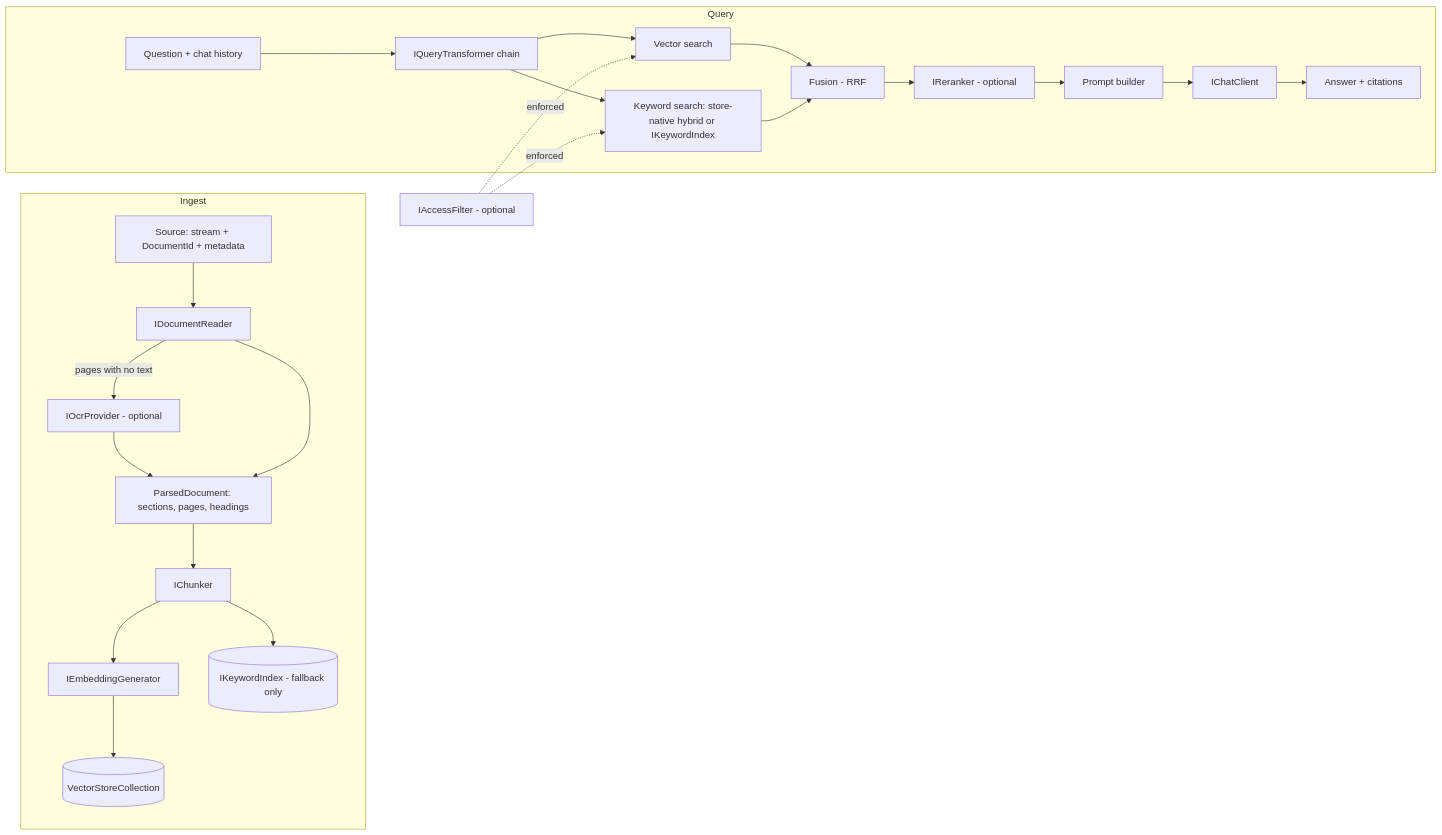
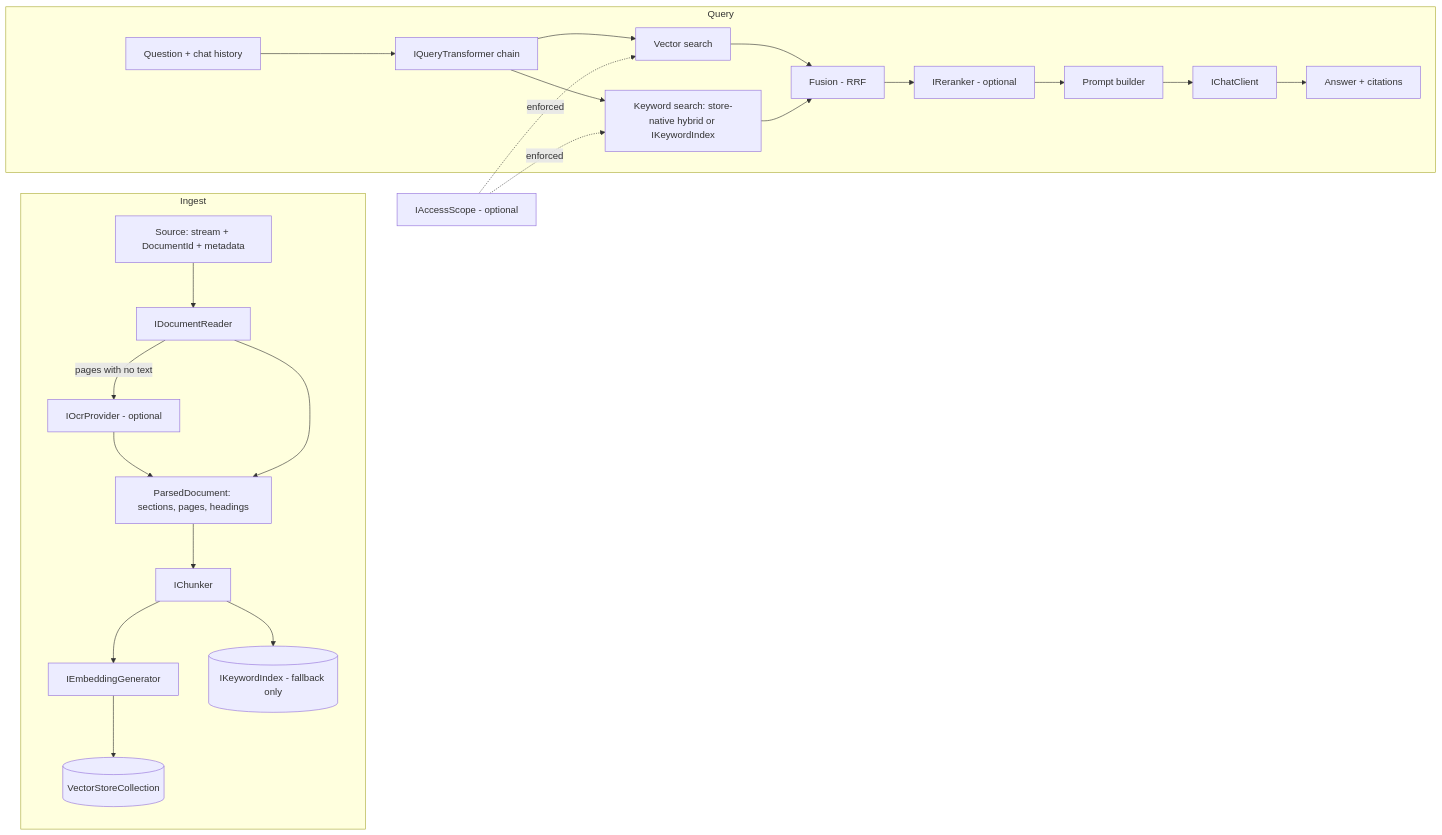
The diagram in docs/superpowers/specs/2026-10-18-ragdotnet-design.md (hurshah7862/RagDotNet), drawn with Mermaid before and after one commit. The commit also changed other lines of this file, not shown here.

````diff
--- a/docs/superpowers/specs/2026-10-18-ragdotnet-design.md
+++ b/docs/superpowers/specs/2026-10-18-ragdotnet-design.md
@@ -98,26 +100,26 @@
 ```mermaid
 flowchart LR
     subgraph Ingest
         A[Source: stream + DocumentId + metadata] --> R[IDocumentReader]
         R -->|pages with no text| O[IOcrProvider - optional]
         O --> D
         R --> D[ParsedDocument: sections, pages, headings]
         D --> C[IChunker]
         C --> E[IEmbeddingGenerator]
         E --> S[(VectorStoreCollection)]
         C --> K[(IKeywordIndex - fallback only)]
     end
     subgraph Query
         Q[Question + chat history] --> T[IQueryTransformer chain]
         T --> V[Vector search]
         T --> KW[Keyword search: store-native hybrid or IKeywordIndex]
         V --> F[Fusion - RRF]
         KW --> F
         F --> RR[IReranker - optional]
         RR --> P[Prompt builder]
         P --> L[IChatClient]
         L --> ANS[Answer + citations]
     end
-    AF[IAccessFilter - optional] -.enforced.-> V
+    AF[IAccessScope - optional] -.enforced.-> V
     AF -.enforced.-> KW
 ```
````
